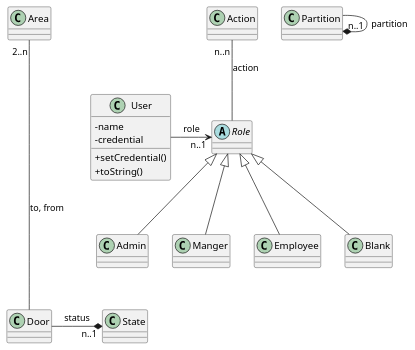
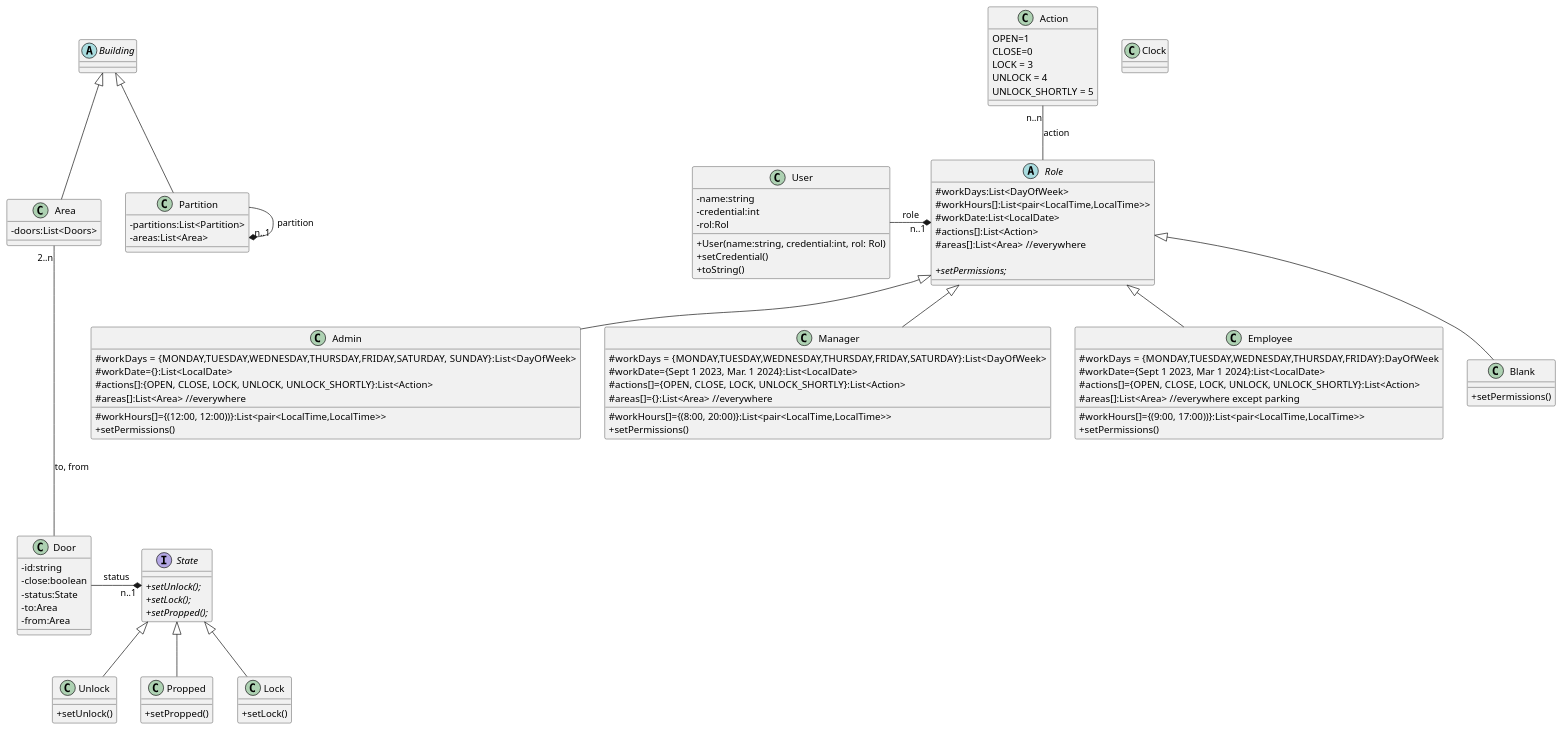
The diagram in src/baseNoStates/uml/class.puml (cuevc/PlabDs), drawn with PlantUML before and after one commit. The commit also changed 2 other files, not shown here.

Commit message:
first diagram version and Door's attributes deleted

```diff
--- a/src/baseNoStates/uml/class.puml
+++ b/src/baseNoStates/uml/class.puml
@@ -1,38 +1,122 @@
 @startuml
 skinparam classAttributeIconSize 0
 ' this is to use the standard notation for public, protected, private
 
 class User {
-- name
-- credential
+- name:string
+- credential:int
+- rol:Rol
+
++ User(name:string, credential:int, rol: Rol)
 + setCredential()
 + toString()
 }
-User -right-> "n..1" Role : role
 
 
 abstract class Role{
+   #workDays:List<DayOfWeek>
+   #workHours[]:List<pair<LocalTime,LocalTime>>
+   #workDate:List<LocalDate>
+   #actions[]:List<Action>
+   #areas[]:List<Area> //everywhere
+
+   {abstract}+setPermissions;
+}
+
+class Admin extends Role{
+   #workDays = {MONDAY,TUESDAY,WEDNESDAY,THURSDAY,FRIDAY,SATURDAY, SUNDAY}:List<DayOfWeek>
+   #workHours[]={(12:00, 12:00))}:List<pair<LocalTime,LocalTime>>
+   #workDate={}:List<LocalDate>
+   #actions[]:{OPEN, CLOSE, LOCK, UNLOCK, UNLOCK_SHORTLY}:List<Action>
+   #areas[]:List<Area> //everywhere
+
+   +setPermissions()
+}
+
+class Manager extends Role{
+    #workDays = {MONDAY,TUESDAY,WEDNESDAY,THURSDAY,FRIDAY,SATURDAY}:List<DayOfWeek>
+    #workHours[]={(8:00, 20:00)}:List<pair<LocalTime,LocalTime>>
+    #workDate={Sept 1 2023, Mar. 1 2024}:List<LocalDate>
+    #actions[]={OPEN, CLOSE, LOCK, UNLOCK_SHORTLY}:List<Action>
+    #areas[]={}:List<Area> //everywhere
+
+    +setPermissions()
+}
+
+class Employee extends Role{
+    #workDays = {MONDAY,TUESDAY,WEDNESDAY,THURSDAY,FRIDAY}:DayOfWeek
+    #workHours[]={(9:00, 17:00))}:List<pair<LocalTime,LocalTime>>
+    #workDate={Sept 1 2023, Mar 1 2024}:List<LocalDate>
+    #actions[]={OPEN, CLOSE, LOCK, UNLOCK, UNLOCK_SHORTLY}:List<Action>
+    #areas[]:List<Area> //everywhere except parking
+
+    +setPermissions()
+}
+
+class Blank extends Role{
+    +setPermissions()
+}
+
+class Action{
+    OPEN=1
+    CLOSE=0
+    LOCK = 3
+    UNLOCK = 4
+    UNLOCK_SHORTLY = 5
+}
+
+class Door{
+    -id:string
+    -close:boolean
+    -status:State
+    -to:Area
+    -from:Area
+}
+
+Interface State{
+    {abstract}+setUnlock();
+    {abstract}+setLock();
+    {abstract}+setPropped();
+}
+
+class Unlock extends State{
+    +setUnlock()
+}
+
+class Propped extends State{
+    +setPropped()
+}
+
+class Lock extends State{
+    +setLock()
+}
+
+class Area Extends Building{
+    -doors:List<Doors>
+}
+
+class Partition extends Building{
+    -partitions:List<Partition>
+    -areas:List<Area>
+}
+
+abstract class Building{
+
 
 }
 
-class Admin extends Role{
-}
-class Manger extends Role{
+class Clock{
 }
 
-class Employee extends Role{
-}
-
-class Blank extends Role{
-}
+User --right*"n..1" Role : role
 
 
 Role -up- "n..n" Action : action
 Door -right-*"n..1" State : status
 Door --up--"2..n" Area: to, from
 Partition --right*"n..1" Partition : partition
 
 
 
 
 @enduml
```
